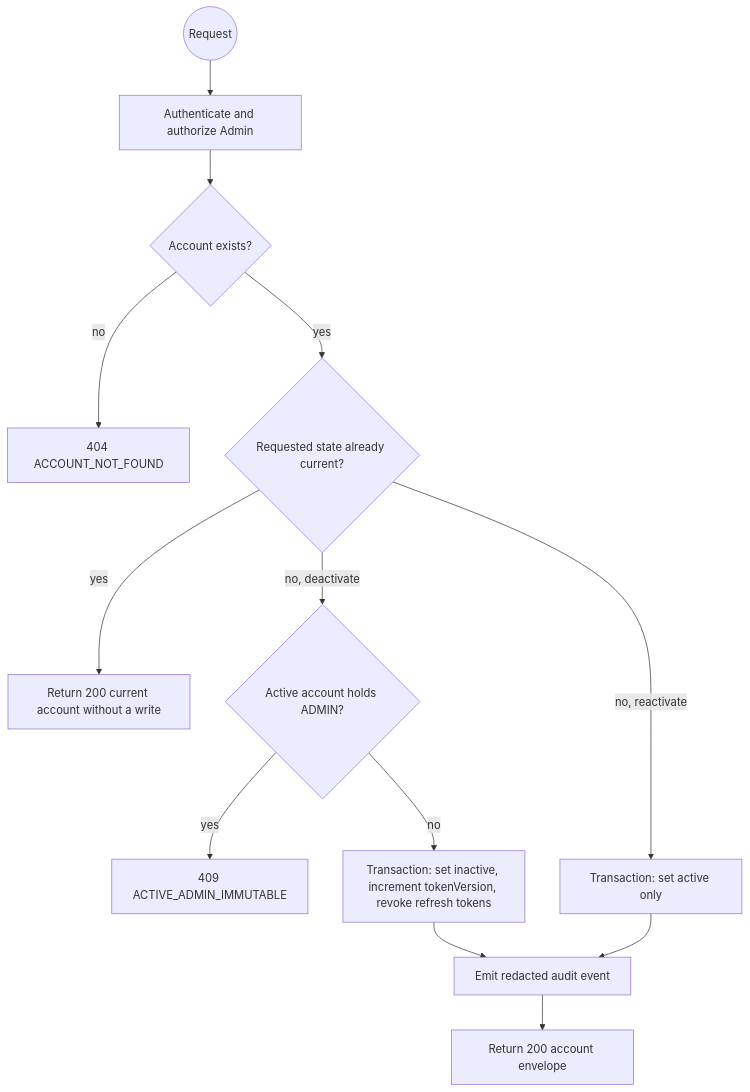
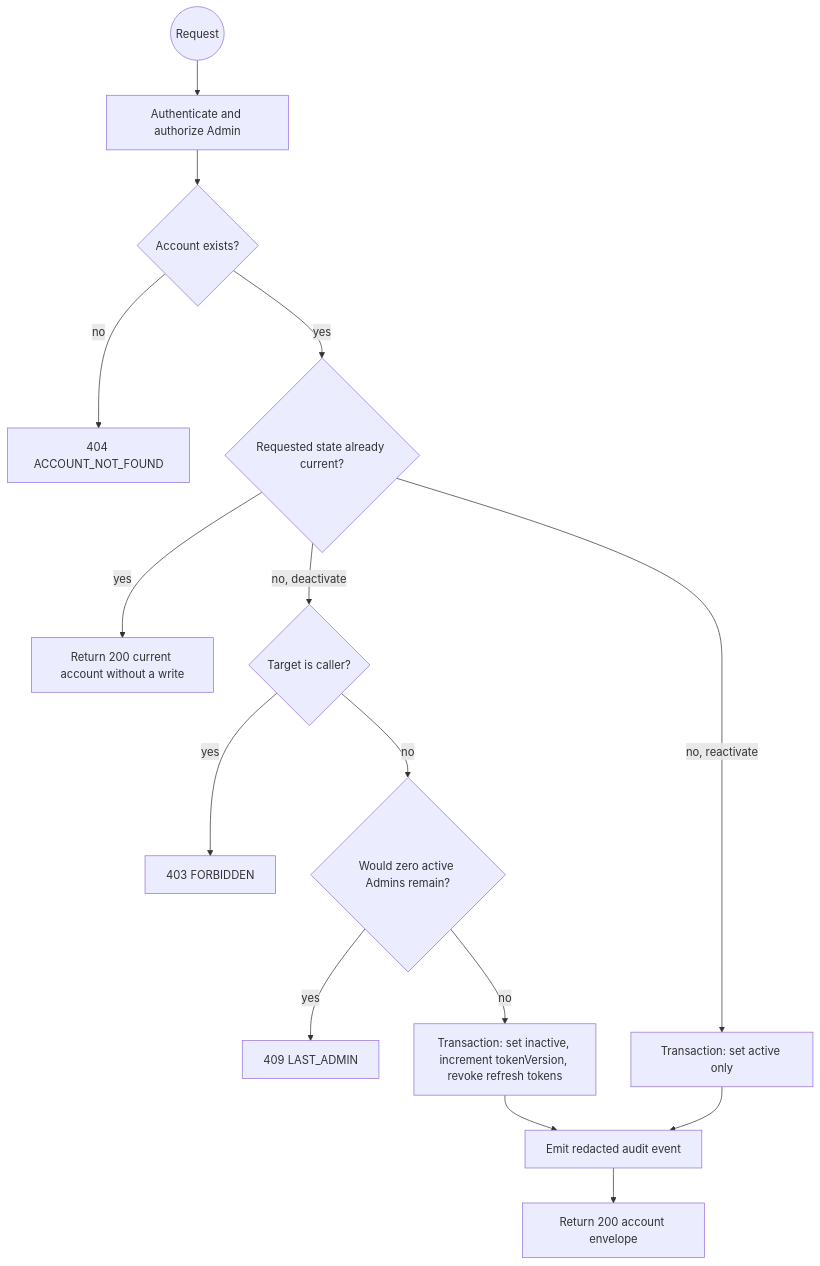
Before and after one commit to TrekLink-Team/treklink-web: the sixth of 6 diagrams in specs/auth/design.md, drawn with Mermaid. The commit also changed other lines of this file and 9 other files, not shown here.

````diff
--- a/specs/auth/design.md
+++ b/specs/auth/design.md
@@ -451,15 +450,17 @@
 ```mermaid
 flowchart TB
     S((Request)) --> A[Authenticate and authorize Admin]
     A --> B{Account exists?}
     B -->|no| N[404 ACCOUNT_NOT_FOUND]
     B -->|yes| C{Requested state already current?}
     C -->|yes| I[Return 200 current account without a write]
-    C -->|no, deactivate| D{Active account holds ADMIN?}
-    D -->|yes| X[409 ACTIVE_ADMIN_IMMUTABLE]
-    D -->|no| E[Transaction: set inactive, increment tokenVersion, revoke refresh tokens]
+    C -->|no, deactivate| D{Target is caller?}
+    D -->|yes| X[403 FORBIDDEN]
+    D -->|no| L{Would zero active Admins remain?}
+    L -->|yes| Z[409 LAST_ADMIN]
+    L -->|no| E[Transaction: set inactive, increment tokenVersion, revoke refresh tokens]
     C -->|no, reactivate| R[Transaction: set active only]
     E --> AU[Emit redacted audit event]
     R --> AU
     AU --> O[Return 200 account envelope]
 ```
````
